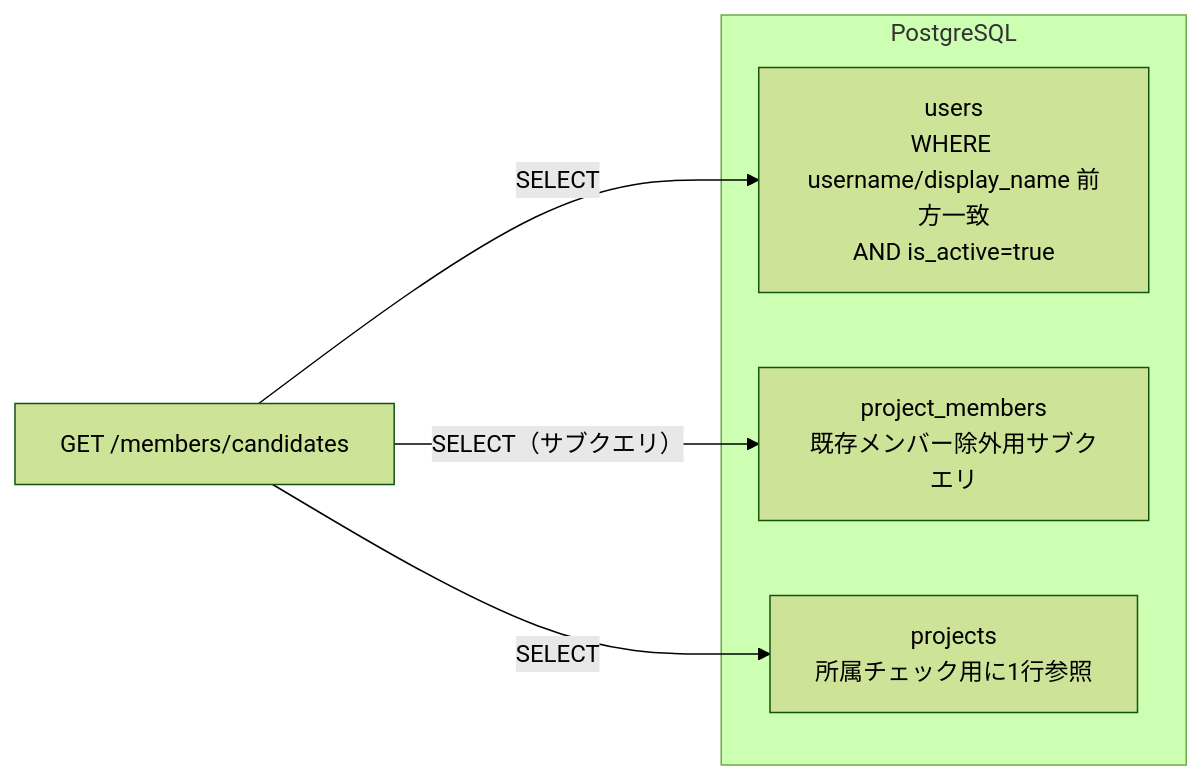
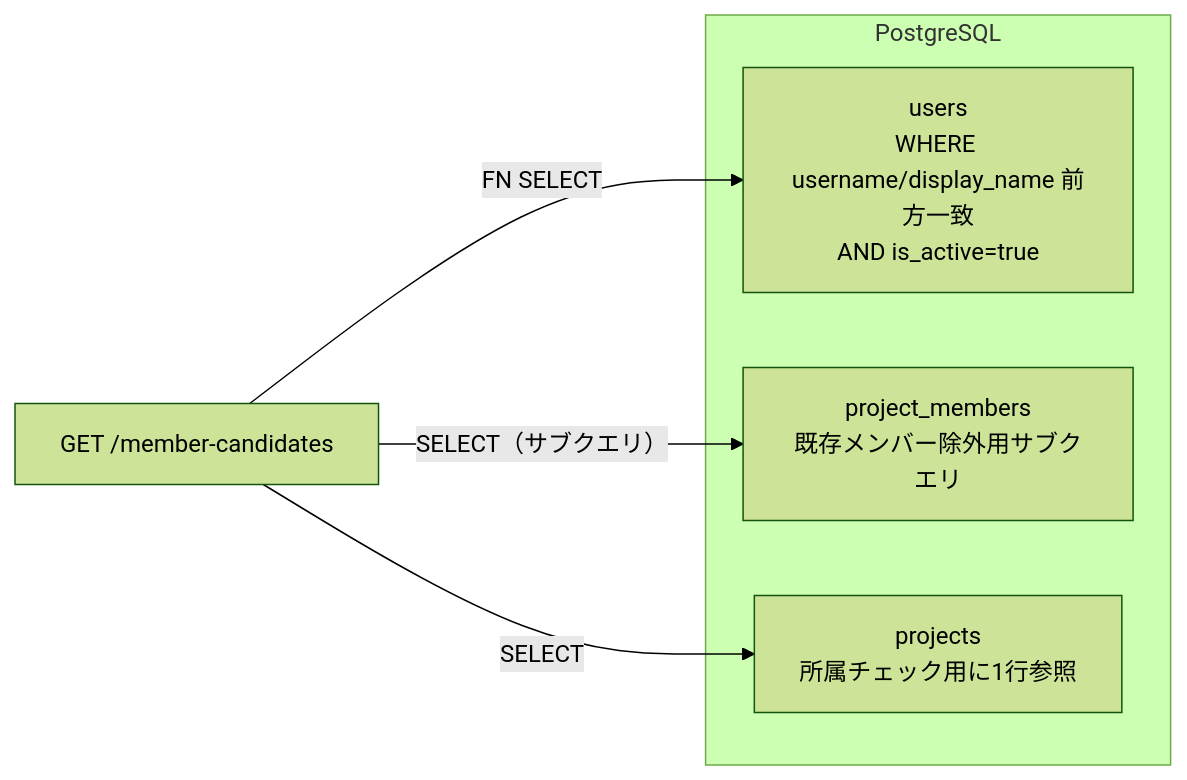
One commit to oikawa-d/task_management changed the fourth of 4 diagrams in docs/detailed_design/api/projects/08_get_project_member_candidates.md. Above: the diagram before and after it, drawn with Mermaid (forest theme). The commit also changed other lines of this file and 4 other files, not shown here.

````diff
--- a/docs/detailed_design/api/projects/08_get_project_member_candidates.md
+++ b/docs/detailed_design/api/projects/08_get_project_member_candidates.md
@@ -174,11 +174,11 @@
 ```mermaid
 flowchart LR
     subgraph PG["PostgreSQL"]
         U["users<br/>WHERE username/display_name 前方一致<br/>AND is_active=true"]
         PM["project_members<br/>既存メンバー除外用サブクエリ"]
         P["projects<br/>所属チェック用に1行参照"]
     end
-    API["GET /members/candidates"] -->|"SELECT"| U
+    API["GET /member-candidates"] -->|"FN SELECT"| U
     API -->|"SELECT（サブクエリ）"| PM
     API -->|"SELECT"| P
 ```
````
